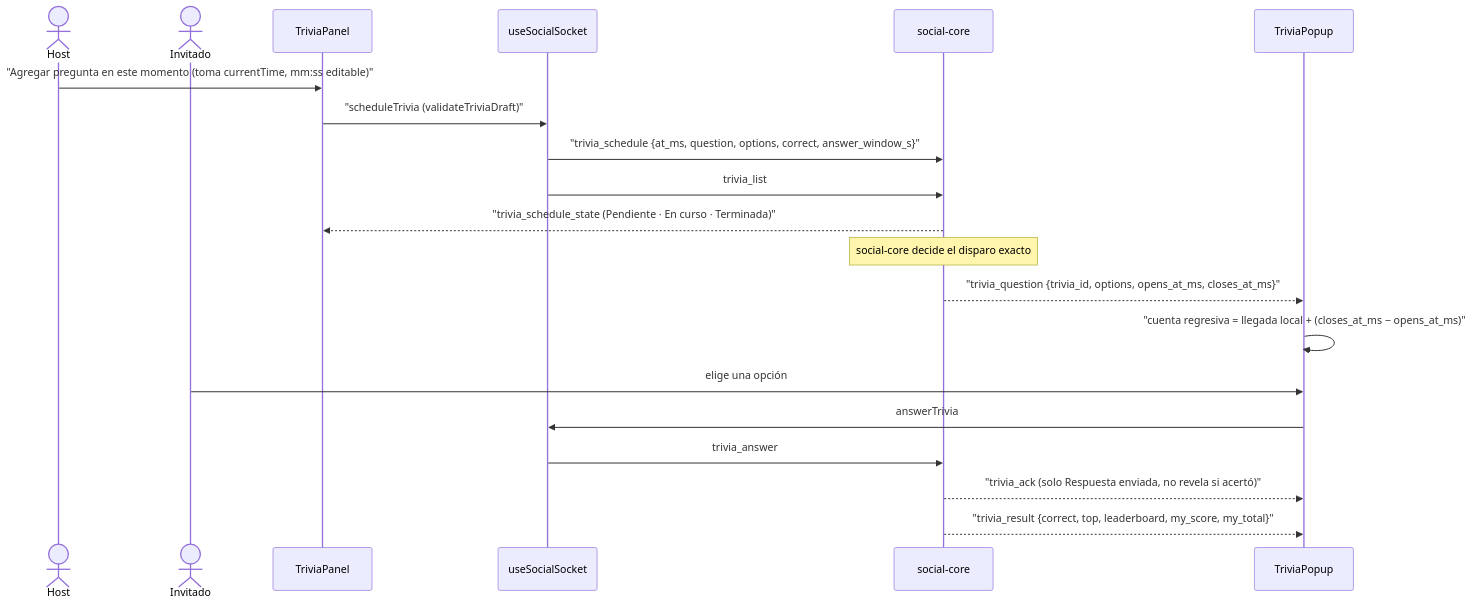
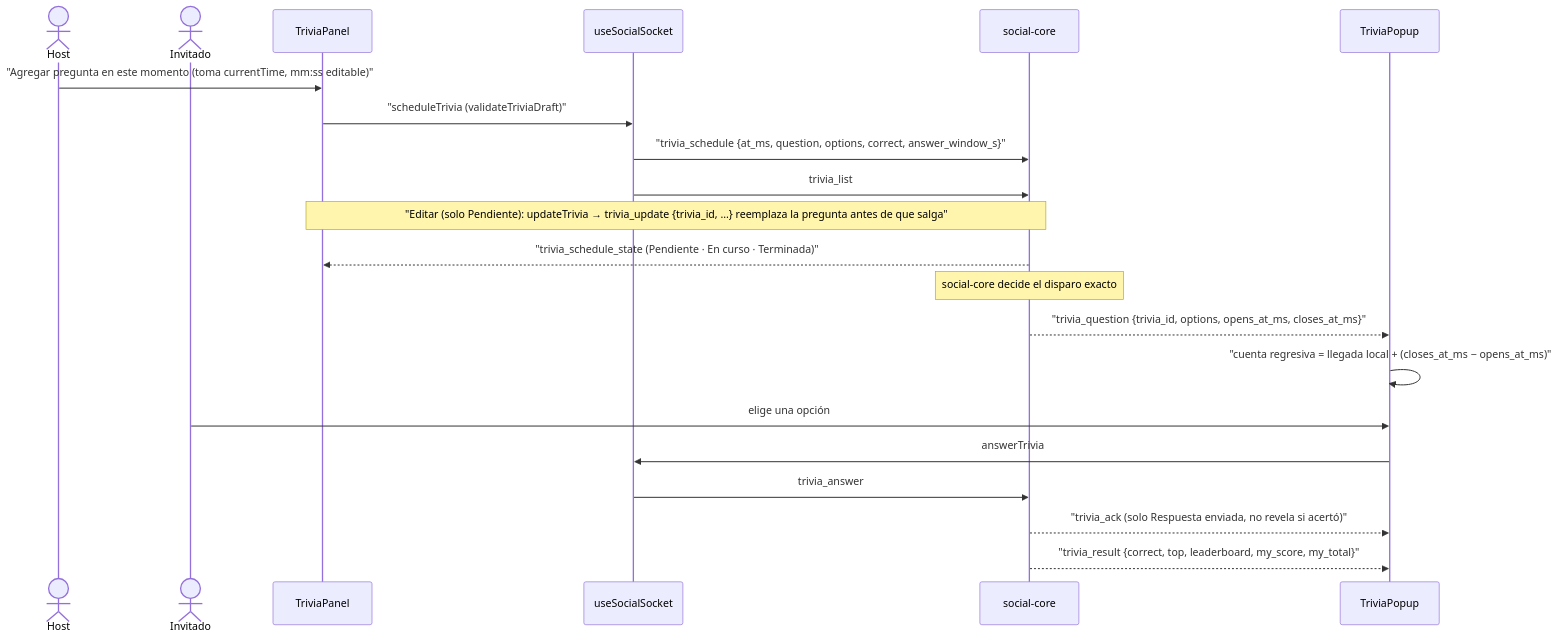
Before and after one commit to TINTOrganization/TINT: the eighth of 11 diagrams in apps/web/README.md, drawn with Mermaid. The commit also changed 13 other files, not shown here.

````diff
--- a/apps/web/README.md
+++ b/apps/web/README.md
@@ -366,23 +366,24 @@
 ```mermaid
 sequenceDiagram
     actor H as Host
     actor G as Invitado
     participant TP as TriviaPanel
     participant SO as useSocialSocket
     participant SOC as social-core
     participant POP as TriviaPopup
 
     H->>TP: "Agregar pregunta en este momento (toma currentTime, mm:ss editable)"
     TP->>SO: "scheduleTrivia (validateTriviaDraft)"
     SO->>SOC: "trivia_schedule {at_ms, question, options, correct, answer_window_s}"
     SO->>SOC: trivia_list
+    Note over TP,SOC: "Editar (solo Pendiente): updateTrivia → trivia_update {trivia_id, …} reemplaza la pregunta antes de que salga"
     SOC-->>TP: "trivia_schedule_state (Pendiente · En curso · Terminada)"
     Note over SOC: social-core decide el disparo exacto
     SOC-->>POP: "trivia_question {trivia_id, options, opens_at_ms, closes_at_ms}"
     POP->>POP: "cuenta regresiva = llegada local + (closes_at_ms − opens_at_ms)"
     G->>POP: elige una opción
     POP->>SO: answerTrivia
     SO->>SOC: trivia_answer
     SOC-->>POP: "trivia_ack (solo Respuesta enviada, no revela si acertó)"
     SOC-->>POP: "trivia_result {correct, top, leaderboard, my_score, my_total}"
 ```
````
